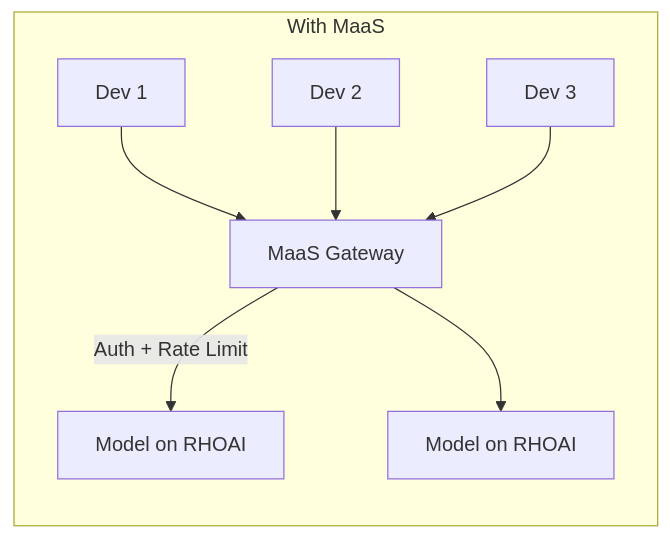
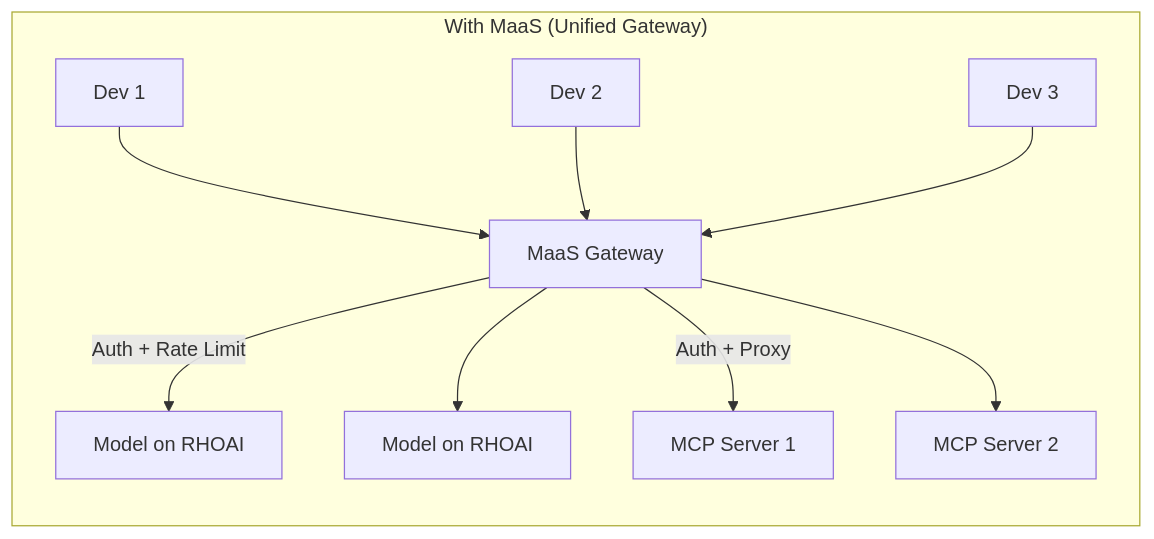
Before and after one commit to hyogrin/rhoai-coding-assistant-lab: the second of 3 diagrams in 2_ai_gateway/1_maas_overview.md, drawn with Mermaid. The commit also changed other lines of this file and 10 other files, not shown here.

````diff
--- a/2_ai_gateway/1_maas_overview.md
+++ b/2_ai_gateway/1_maas_overview.md
@@ -18,10 +21,12 @@
 ```mermaid
 flowchart LR
-    subgraph "With MaaS"
+    subgraph "With MaaS (Unified Gateway)"
         Dev1[Dev 1] --> GW[MaaS Gateway]
         Dev2[Dev 2] --> GW
         Dev3[Dev 3] --> GW
         GW -->|Auth + Rate Limit| M1[Model on RHOAI]
         GW --> M2[Model on RHOAI]
+        GW -->|Auth + Proxy| MCP1[MCP Server 1]
+        GW --> MCP2[MCP Server 2]
     end
 ```
````
